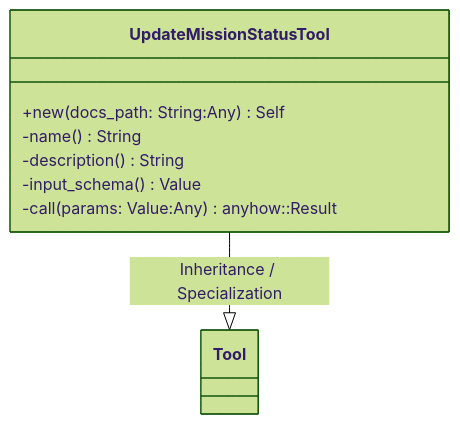
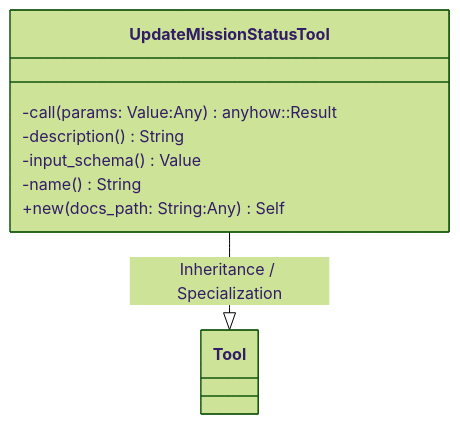
The first of 2 diagrams in openwiki/crates_factory-mcp-server_src_tools_update_mission_status_rs.md (lgcorzo/rust_CACD_autonomous_factory), drawn with Mermaid (forest theme) before and after one commit. The commit also changed other lines of this file and 76 other files, not shown here.

````diff
--- a/openwiki/crates_factory-mcp-server_src_tools_update_mission_status_rs.md
+++ b/openwiki/crates_factory-mcp-server_src_tools_update_mission_status_rs.md
@@ -81,13 +81,13 @@
 ```mermaid
 classDiagram
     direction BT
     class UpdateMissionStatusTool {
-        +new(docs_path: String:Any) Self
-        -name() String
+        -call(params: Value:Any) anyhow::Result<CallToolResult>
         -description() String
         -input_schema() Value
-        -call(params: Value:Any) anyhow::Result<CallToolResult>
+        -name() String
+        +new(docs_path: String:Any) Self
     }
     Tool <|-- UpdateMissionStatusTool : Inheritance / Specialization
 
 ```
````
